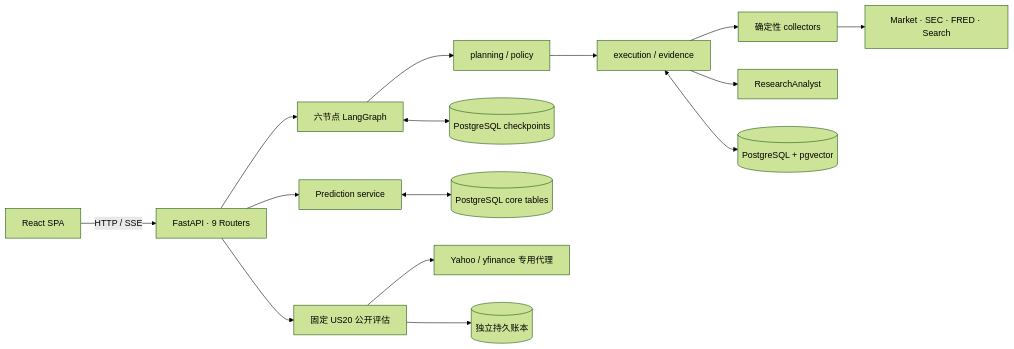
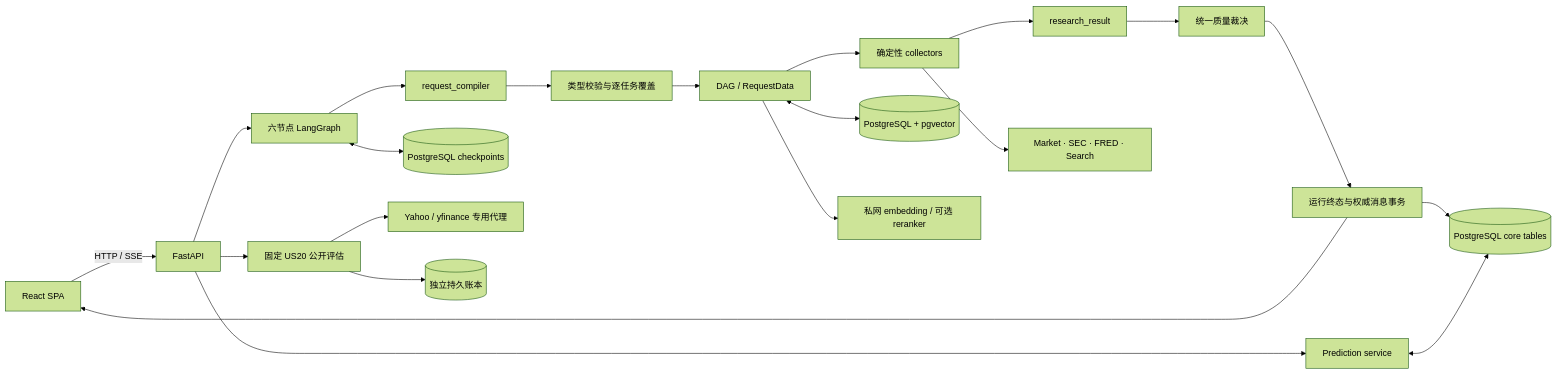
One commit to kkkano/FinSight changed the first of 2 diagrams in docs/01_ARCHITECTURE.md. Above: the diagram before and after it, drawn with Mermaid (forest theme). The commit also changed other lines of this file and 187 other files, not shown here.

Commit message:
refactor(research): unify request, evidence, quality and durable delivery

````diff
--- a/docs/01_ARCHITECTURE.md
+++ b/docs/01_ARCHITECTURE.md
@@ -15,17 +15,23 @@
 ```mermaid
 flowchart LR
-    WEB[React SPA] -->|HTTP / SSE| API[FastAPI · 9 Routers]
+    WEB[React SPA] -->|HTTP / SSE| API[FastAPI]
     API --> GRAPH[六节点 LangGraph]
-    GRAPH --> PLAN[planning / policy]
-    PLAN --> EXEC[execution / evidence]
+    GRAPH --> REQUEST[request_compiler]
+    REQUEST --> PLAN[类型校验与逐任务覆盖]
+    PLAN --> EXEC[DAG / RequestData]
     EXEC --> COLLECT[确定性 collectors]
-    EXEC --> ANALYZE[ResearchAnalyst]
+    COLLECT --> RESULT[research_result]
+    RESULT --> QUALITY[统一质量裁决]
+    QUALITY --> SAVE[运行终态与权威消息事务]
+    SAVE --> WEB
+    SAVE --> CORE
     API --> PRED[Prediction service]
     COLLECT --> TOOL[Market · SEC · FRED · Search]
     EXEC <--> RAG[(PostgreSQL + pgvector)]
+    EXEC --> WORKER[私网 embedding / 可选 reranker]
     GRAPH <--> CP[(PostgreSQL checkpoints)]
     PRED <--> CORE[(PostgreSQL core tables)]
     API --> BENCH[固定 US20 公开评估]
     BENCH --> YAHOO[Yahoo / yfinance 专用代理]
     BENCH --> LEDGER[(独立持久账本)]
 ```
````
